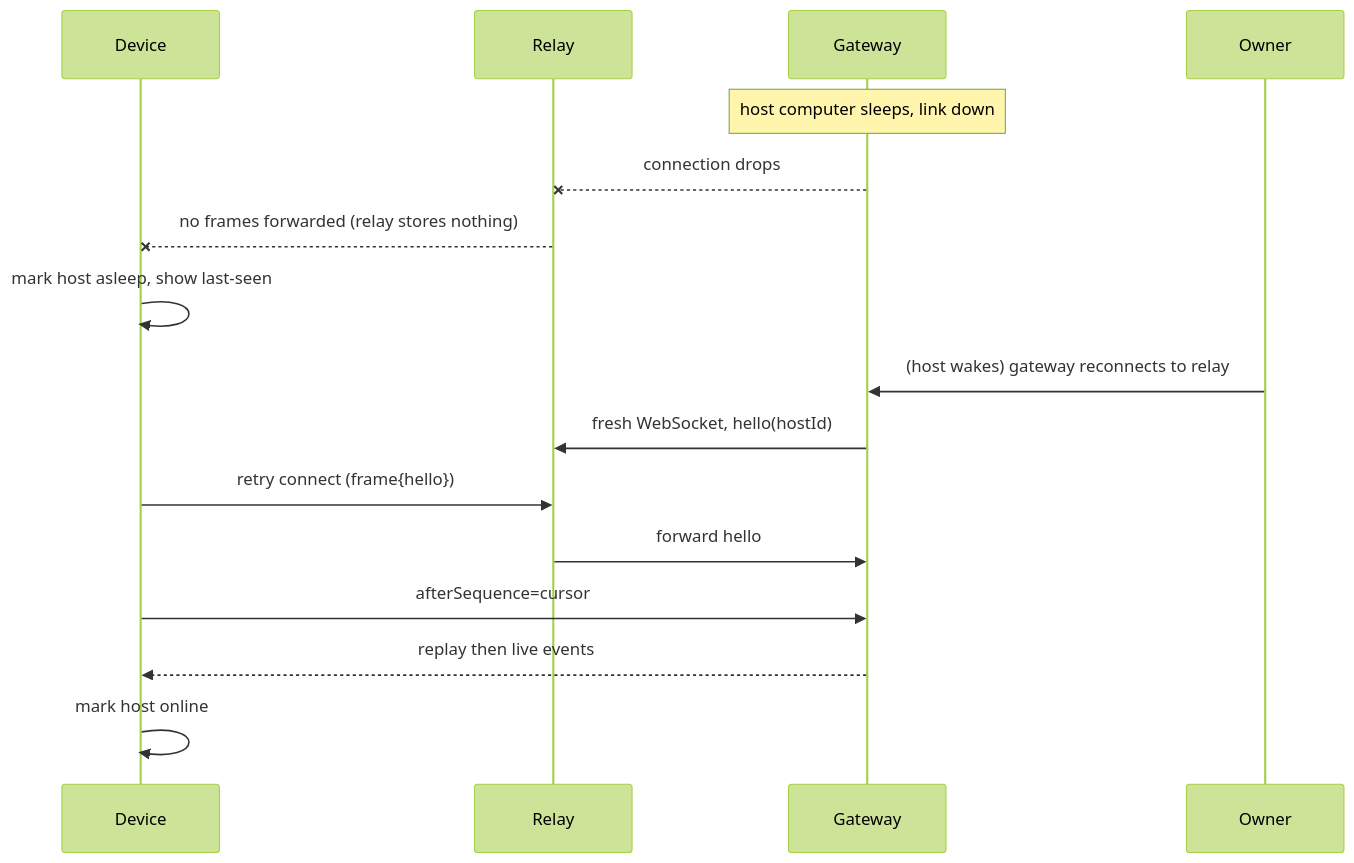
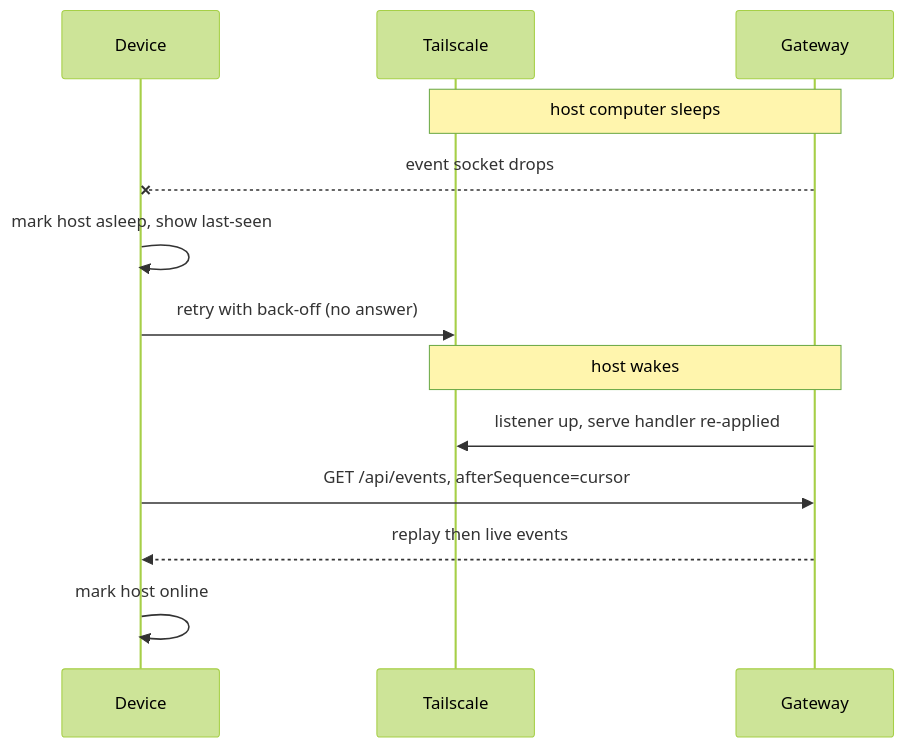
Before and after one commit to sico-vibes/bloblex: the sixth of 7 diagrams in docs/remote/SEQUENCES.md, drawn with Mermaid (forest theme). The commit also changed other lines of this file and 10 other files, not shown here.

````diff
--- a/docs/remote/SEQUENCES.md
+++ b/docs/remote/SEQUENCES.md
@@ -196,19 +190,16 @@
 ```mermaid
 sequenceDiagram
     participant Device
-    participant Relay
+    participant Tailscale
     participant Gateway
-    participant Owner
 
-    Note over Gateway: host computer sleeps, link down
-    Gateway--xRelay: connection drops
-    Relay--xDevice: no frames forwarded (relay stores nothing)
+    Note over Tailscale,Gateway: host computer sleeps
+    Gateway--xDevice: event socket drops
     Device->>Device: mark host asleep, show last-seen
-    Owner->>Gateway: (host wakes) gateway reconnects to relay
-    Gateway->>Relay: fresh WebSocket, hello(hostId)
-    Device->>Relay: retry connect (frame{hello})
-    Relay->>Gateway: forward hello
-    Device->>Gateway: afterSequence=cursor
+    Device->>Tailscale: retry with back-off (no answer)
+    Note over Tailscale,Gateway: host wakes
+    Gateway->>Tailscale: listener up, serve handler re-applied
+    Device->>Gateway: GET /api/events, afterSequence=cursor
     Gateway-->>Device: replay then live events
     Device->>Device: mark host online
 ```
````
